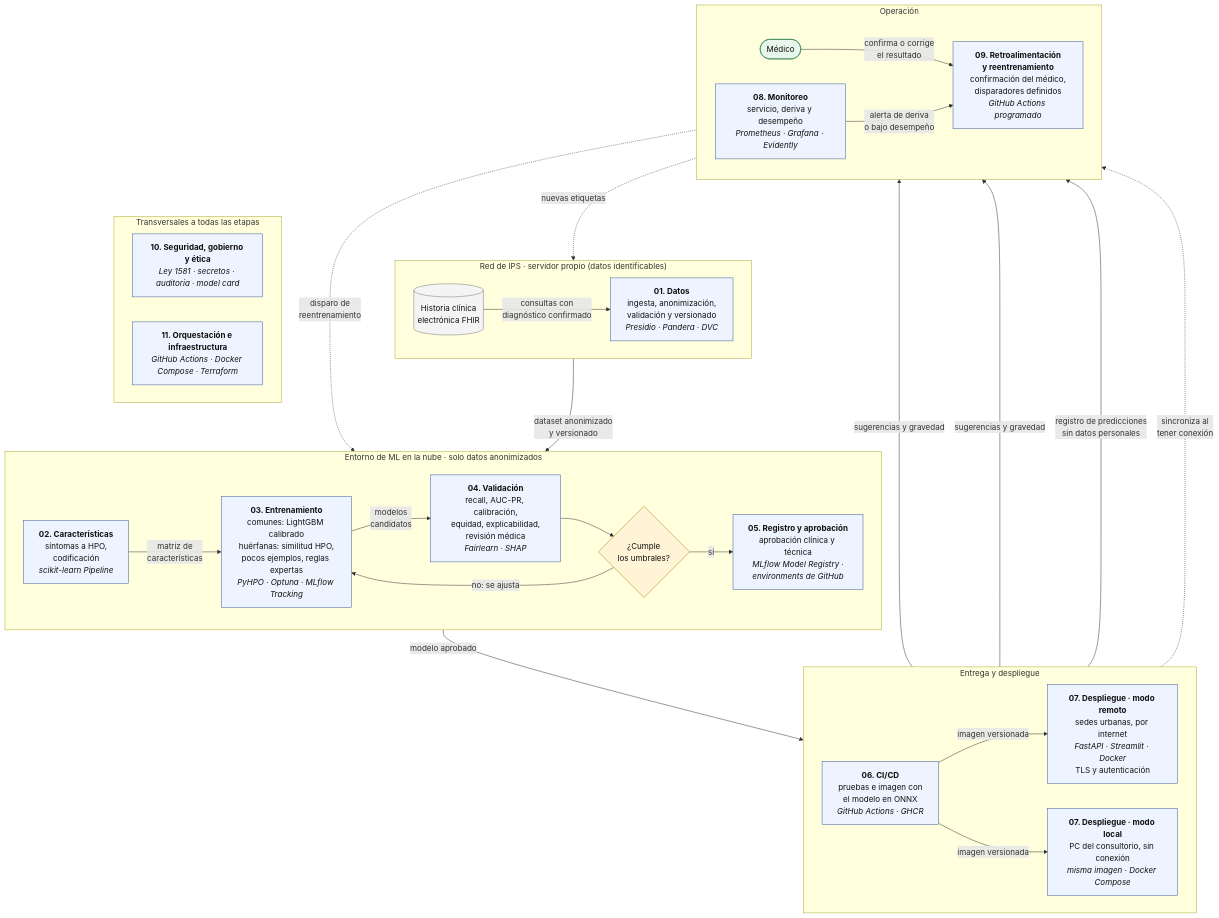
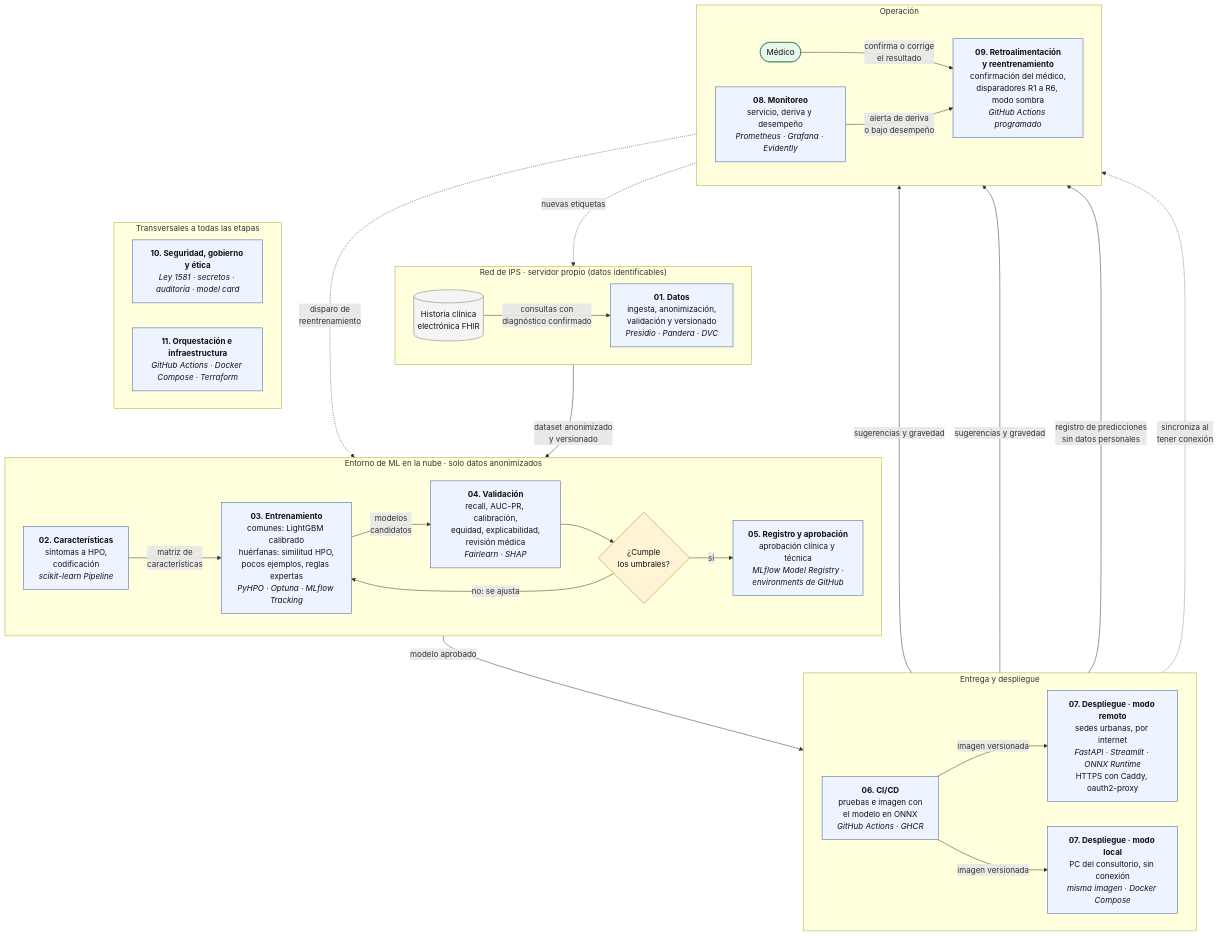
One commit to alexanderamam1/diagnostico_enfermedades-mlops-U3 changed the diagram in README.md. Above: the diagram before and after it, drawn with Mermaid. The commit also changed 1 other file, not shown here.

Commit message:
docs: alinear diagrama y tabla de etapas con las etapas 06 a 09

````diff
--- a/README.md
+++ b/README.md
@@ -9,66 +9,66 @@
 ```mermaid
 flowchart TB
     subgraph RED["Red de IPS · servidor propio (datos identificables)"]
         direction LR
         HCE[("Historia clínica<br/>electrónica FHIR")]
         D01["<b>01. Datos</b><br/>ingesta, anonimización,<br/>validación y versionado<br/><i>Presidio · Pandera · DVC</i>"]
         HCE -- "consultas con<br/>diagnóstico confirmado" --> D01
     end
 
     subgraph ML["Entorno de ML en la nube · solo datos anonimizados"]
         direction LR
         D02["<b>02. Características</b><br/>síntomas a HPO,<br/>codificación<br/><i>scikit-learn Pipeline</i>"]
         D03["<b>03. Entrenamiento</b><br/>comunes: LightGBM calibrado<br/>huérfanas: similitud HPO,<br/>pocos ejemplos, reglas expertas<br/><i>PyHPO · Optuna · MLflow Tracking</i>"]
         D04["<b>04. Validación</b><br/>recall, AUC-PR, calibración,<br/>equidad, explicabilidad,<br/>revisión médica<br/><i>Fairlearn · SHAP</i>"]
         Q{"¿Cumple<br/>los umbrales?"}
         D05["<b>05. Registro y aprobación</b><br/>aprobación clínica y técnica<br/><i>MLflow Model Registry ·<br/>environments de GitHub</i>"]
         D02 -- "matriz de<br/>características" --> D03
         D03 -- "modelos<br/>candidatos" --> D04
         D04 --> Q
         Q -- "no: se ajusta" --> D03
         Q -- "sí" --> D05
     end
 
     subgraph ENT["Entrega y despliegue"]
         direction LR
         D06["<b>06. CI/CD</b><br/>pruebas e imagen con<br/>el modelo en ONNX<br/><i>GitHub Actions · GHCR</i>"]
-        D07R["<b>07. Despliegue · modo remoto</b><br/>sedes urbanas, por internet<br/><i>FastAPI · Streamlit · Docker</i><br/>TLS y autenticación"]
+        D07R["<b>07. Despliegue · modo remoto</b><br/>sedes urbanas, por internet<br/><i>FastAPI · Streamlit · ONNX Runtime</i><br/>HTTPS con Caddy, oauth2-proxy"]
         D07L["<b>07. Despliegue · modo local</b><br/>PC del consultorio, sin conexión<br/><i>misma imagen · Docker Compose</i>"]
         D06 -- "imagen versionada" --> D07R
         D06 -- "imagen versionada" --> D07L
     end
 
     subgraph OP["Operación"]
         direction LR
         MED(["Médico"])
         D08["<b>08. Monitoreo</b><br/>servicio, deriva y desempeño<br/><i>Prometheus · Grafana · Evidently</i>"]
-        D09["<b>09. Retroalimentación<br/>y reentrenamiento</b><br/>confirmación del médico,<br/>disparadores definidos<br/><i>GitHub Actions programado</i>"]
+        D09["<b>09. Retroalimentación<br/>y reentrenamiento</b><br/>confirmación del médico,<br/>disparadores R1 a R6, modo sombra<br/><i>GitHub Actions programado</i>"]
         MED -- "confirma o corrige<br/>el resultado" --> D09
         D08 -- "alerta de deriva<br/>o bajo desempeño" --> D09
     end
 
     subgraph TR["Transversales a todas las etapas"]
         direction LR
         D10["<b>10. Seguridad, gobierno y ética</b><br/><i>Ley 1581 · secretos · auditoría · model card</i>"]
         D11["<b>11. Orquestación e infraestructura</b><br/><i>GitHub Actions · Docker Compose · Terraform</i>"]
     end
 
     D01 -- "dataset anonimizado<br/>y versionado" --> D02
     D05 -- "modelo aprobado" --> D06
     D07R -- "sugerencias y gravedad" --> MED
     D07L -- "sugerencias y gravedad" --> MED
     D07R -- "registro de predicciones<br/>sin datos personales" --> D08
     D07L -. "sincroniza al<br/>tener conexión" .-> D08
     D09 -. "nuevas etiquetas" .-> D01
     D09 -. "disparo de<br/>reentrenamiento" .-> D03
     OP ~~~ TR
 
     classDef etapa fill:#eef4ff,stroke:#3b5b9a,color:#111
     classDef decision fill:#fff4d6,stroke:#b07d00,color:#111
     classDef actor fill:#e8f6ec,stroke:#2e7d4f,color:#111
     classDef dato fill:#f4f4f4,stroke:#777,color:#111
     class D01,D02,D03,D04,D05,D06,D07R,D07L,D08,D09,D10,D11 etapa
     class Q decision
     class MED actor
     class HCE dato
 ```
````
